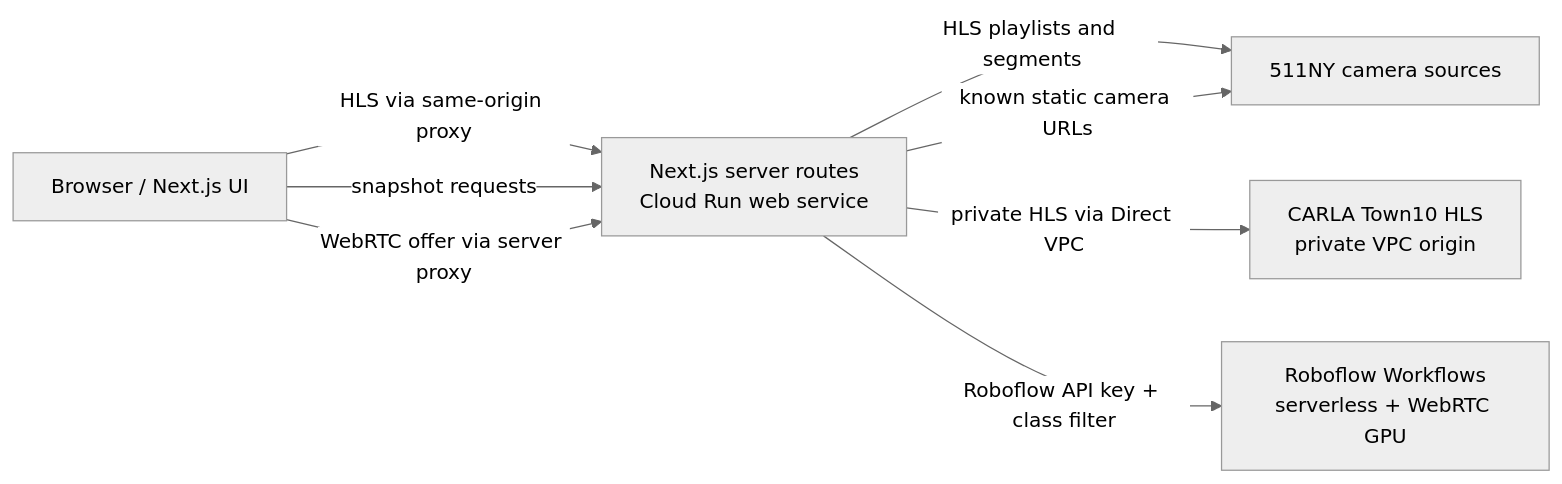
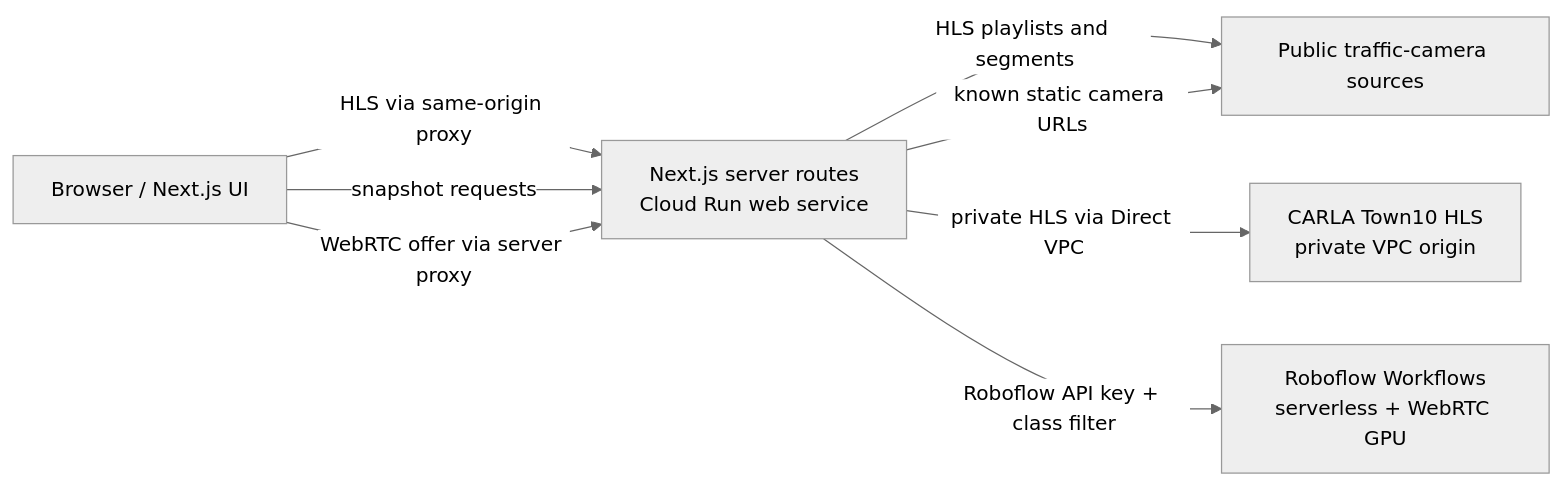
One commit to vinceallenvince/xwalk-keyboards changed the first of 2 diagrams in docs/architecture.md. Above: the diagram before and after it, drawn with Mermaid (neutral theme). The commit also changed other lines of this file and 6 other files, not shown here.

````diff
--- a/docs/architecture.md
+++ b/docs/architecture.md
@@ -74,16 +74,16 @@
 ```mermaid
 flowchart LR
   Browser["Browser / Next.js UI"]
   App["Next.js server routes\nCloud Run web service"]
-  NY["511NY camera sources"]
+  Cams["Public traffic-camera sources"]
   CARLA["CARLA Town10 HLS\nprivate VPC origin"]
   RF["Roboflow Workflows\nserverless + WebRTC GPU"]
 
   Browser -->|"HLS via same-origin proxy"| App
-  App -->|"HLS playlists and segments"| NY
+  App -->|"HLS playlists and segments"| Cams
   App -->|"private HLS via Direct VPC"| CARLA
   Browser -->|"snapshot requests"| App
-  App -->|"known static camera URLs"| NY
+  App -->|"known static camera URLs"| Cams
   Browser -->|"WebRTC offer via server proxy"| App
   App -->|"Roboflow API key + class filter"| RF
 ```
````
